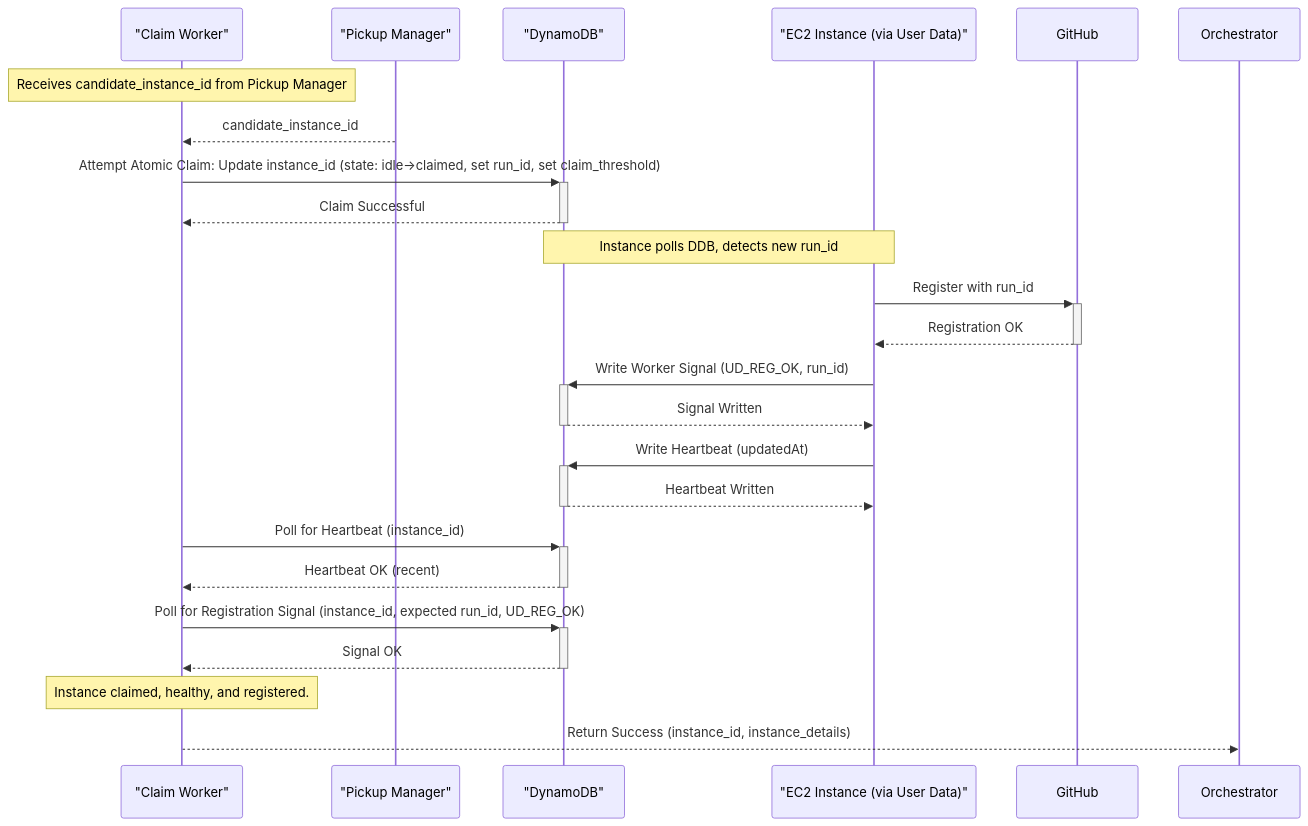
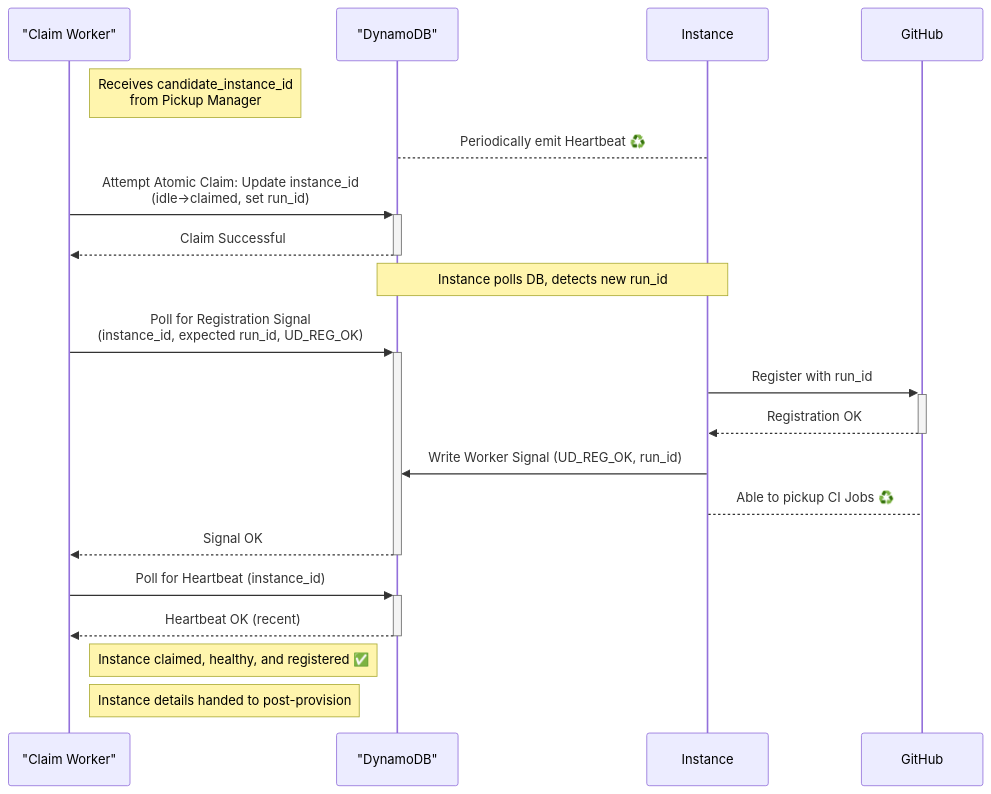
One commit to fleet-actions/ec2-runner-pool-manager changed the first of 2 diagrams in docs/architecture/provision/selection/claim-workers.md. Above: the diagram before and after it, drawn with Mermaid. The commit also changed other lines of this file and 1 other file, not shown here.

Commit message:
docs(provision): update claim workers and pickup manager documentation

````diff
--- a/docs/architecture/provision/selection/claim-workers.md
+++ b/docs/architecture/provision/selection/claim-workers.md
@@ -14,35 +15,30 @@
-```mermaid
-sequenceDiagram
-    participant CW as "Claim Worker"
-    participant PM as "Pickup Manager"
-    participant DDB as "DynamoDB"
-    participant InstanceEC2 as "EC2 Instance (via User Data)"
-    participant GitHub
+    ```mermaid
+    sequenceDiagram
+        participant CW as "Claim Worker"
+        participant DDB as "DynamoDB"
+        participant Instance
+        participant GitHub
 
-    Note over CW: Receives candidate_instance_id from Pickup Manager
-    PM-->>CW: candidate_instance_id
+        Note right of CW: Receives candidate_instance_id<br>from Pickup Manager
+        Instance-->DDB: Periodically emit Heartbeat ♻️
 
-    CW->>+DDB: Attempt Atomic Claim: Update instance_id (state: idle->claimed, set run_id, set claim_threshold)
-    DDB-->>-CW: Claim Successful
+        CW->>+DDB: Attempt Atomic Claim: Update instance_id<br>(idle->claimed, set run_id)
+        DDB-->>-CW: Claim Successful
+        
+        Note over Instance, DDB: Instance polls DB, detects new run_id
+        CW->>+DDB: Poll for Registration Signal<br>(instance_id, expected run_id, UD_REG_OK)
 
-    Note over InstanceEC2, DDB: Instance polls DDB, detects new run_id
+        Instance->>+GitHub: Register with run_id
+        GitHub-->>-Instance: Registration OK
 
-    InstanceEC2->>+GitHub: Register with run_id
-    GitHub-->>-InstanceEC2: Registration OK
+        Instance->>DDB: Write Worker Signal (UD_REG_OK, run_id)
 
-    InstanceEC2->>+DDB: Write Worker Signal (UD_REG_OK, run_id)
-    DDB-->>-InstanceEC2: Signal Written
+        Instance-->GitHub: Able to pickup CI Jobs ♻️ 
+        
+        DDB-->>-CW: Signal OK
+        CW->>+DDB: Poll for Heartbeat (instance_id)
+        DDB-->>-CW: Heartbeat OK (recent)
 
-    InstanceEC2->>+DDB: Write Heartbeat (updatedAt)
-    DDB-->>-InstanceEC2: Heartbeat Written
-
-    CW->>+DDB: Poll for Heartbeat (instance_id)
-    DDB-->>-CW: Heartbeat OK (recent)
-
-    CW->>+DDB: Poll for Registration Signal (instance_id, expected run_id, UD_REG_OK)
-    DDB-->>-CW: Signal OK
-
-    Note over CW: Instance claimed, healthy, and registered.
-    CW-->>Orchestrator: Return Success (instance_id, instance_details) 
-    %% Orchestrator would then transition DDB state: claimed->running
-```
+        Note right of CW: Instance claimed, healthy, and registered ✅
+        Note right of CW: Instance details handed to post-provision
+    ```
````
